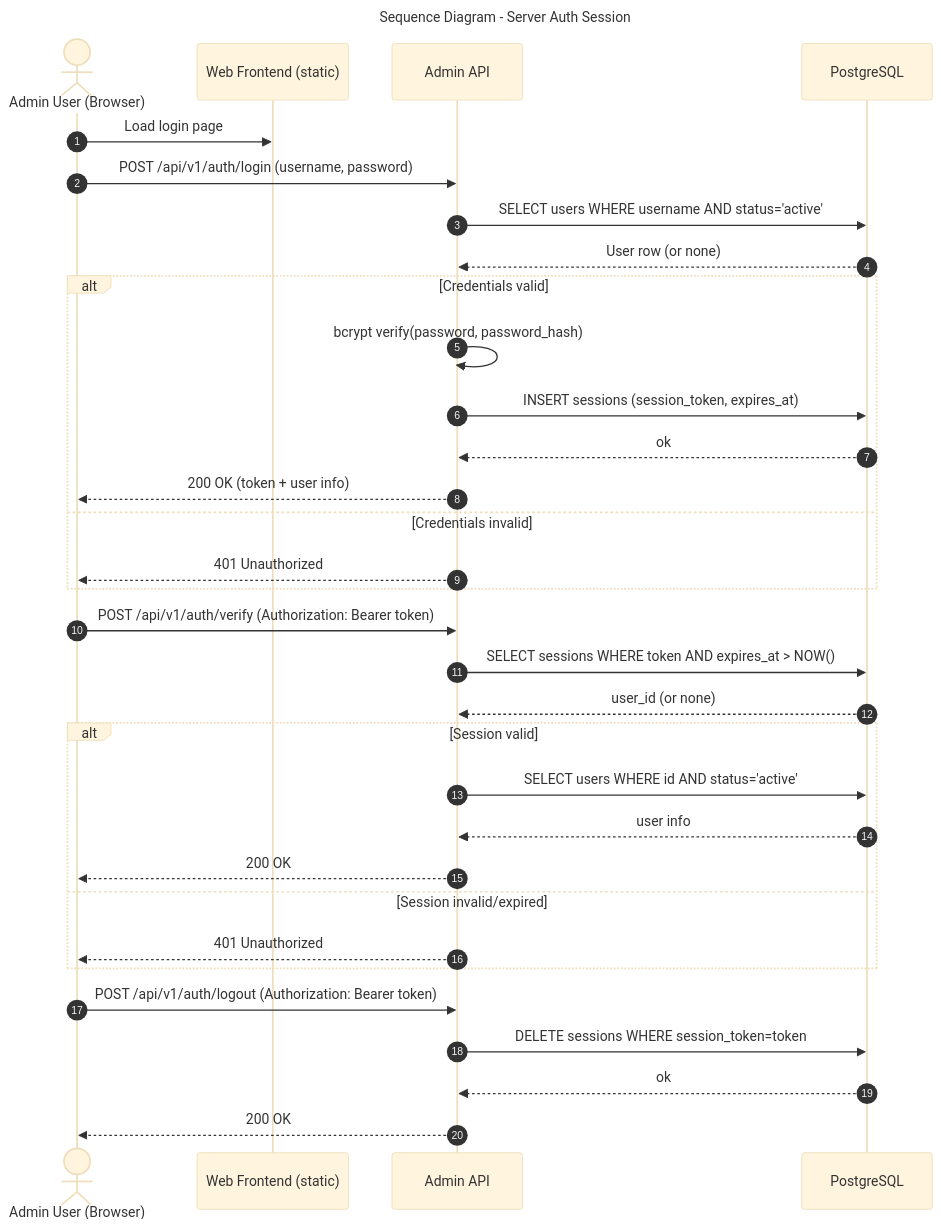
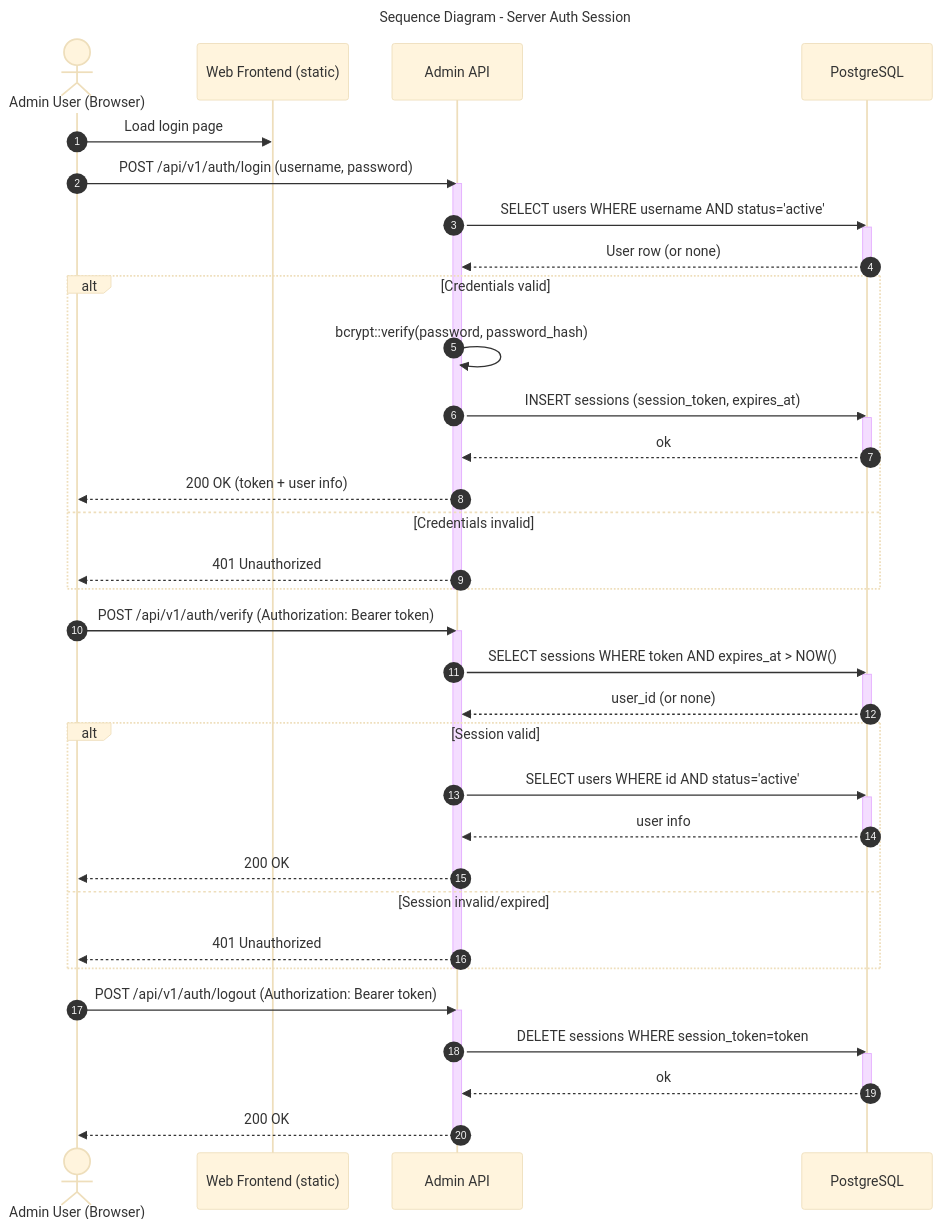
One commit to CHATEAUFORGE-LLC/QuantumZero changed the diagram in diagrams/sequence-server-auth-session.mmd. Above: the diagram before and after it, drawn with Mermaid. The commit also changed 41 other files, not shown here.

Commit message:
Standardized all sequence diagrams, and refactored everything to ensure UML compliance, unification of content and design of key diagrams

```diff
--- a/diagrams/sequence-server-auth-session.mmd
+++ b/diagrams/sequence-server-auth-session.mmd
@@ -1,39 +1,61 @@
 ---
 title: Sequence Diagram - Server Auth Session
 config:
   theme: base
 ---
 %% QuantumZero UML palette note: actors/external=#fff7e6/#b45309, system/component=#e0f2fe/#075985, datastore=#ecfccb/#4d7c0f, notes=#fff9c4/#d97706. Aligns diagrams to Deliverable 1 UML/DFD theme.
 %% Implements: QuantumZero-server/services/admin-api/src/handlers.rs (login/logout/verify_session)
 sequenceDiagram
- autonumber
- actor Admin as Admin User (Browser)
- participant Web as Web Frontend (static)
- participant API as Admin API
- participant DB as PostgreSQL
- Admin->>Web: Load login page
- Admin->>API: POST /api/v1/auth/login (username, password)
- API->>DB: SELECT users WHERE username AND status='active'
- DB-->>API: User row (or none)
- alt Credentials valid
- API->>API: bcrypt verify(password, password_hash)
- API->>DB: INSERT sessions (session_token, expires_at)
- DB-->>API: ok
- API-->>Admin: 200 OK (token + user info)
- else Credentials invalid
- API-->>Admin: 401 Unauthorized
- end
- Admin->>API: POST /api/v1/auth/verify (Authorization: Bearer token)
- API->>DB: SELECT sessions WHERE token AND expires_at > NOW()
- DB-->>API: user_id (or none)
- alt Session valid
- API->>DB: SELECT users WHERE id AND status='active'
- DB-->>API: user info
- API-->>Admin: 200 OK
- else Session invalid/expired
- API-->>Admin: 401 Unauthorized
- end
- Admin->>API: POST /api/v1/auth/logout (Authorization: Bearer token)
- API->>DB: DELETE sessions WHERE session_token=token
- DB-->>API: ok
- API-->>Admin: 200 OK
+  autonumber
+  actor Admin as Admin User (Browser)
+  participant Web as Web Frontend (static)
+  participant API as Admin API
+  participant DB as PostgreSQL
+
+  Admin->>Web: Load login page
+
+  Admin->>API: POST /api/v1/auth/login (username, password)
+  activate API
+  API->>DB: SELECT users WHERE username AND status='active'
+  activate DB
+  DB-->>API: User row (or none)
+  deactivate DB
+
+  alt Credentials valid
+    API->>API: bcrypt::verify(password, password_hash)
+    API->>DB: INSERT sessions (session_token, expires_at)
+    activate DB
+    DB-->>API: ok
+    deactivate DB
+    API-->>Admin: 200 OK (token + user info)
+  else Credentials invalid
+    API-->>Admin: 401 Unauthorized
+  end
+  deactivate API
+
+  Admin->>API: POST /api/v1/auth/verify (Authorization: Bearer token)
+  activate API
+  API->>DB: SELECT sessions WHERE token AND expires_at > NOW()
+  activate DB
+  DB-->>API: user_id (or none)
+  deactivate DB
+
+  alt Session valid
+    API->>DB: SELECT users WHERE id AND status='active'
+    activate DB
+    DB-->>API: user info
+    deactivate DB
+    API-->>Admin: 200 OK
+  else Session invalid/expired
+    API-->>Admin: 401 Unauthorized
+  end
+  deactivate API
+
+  Admin->>API: POST /api/v1/auth/logout (Authorization: Bearer token)
+  activate API
+  API->>DB: DELETE sessions WHERE session_token=token
+  activate DB
+  DB-->>API: ok
+  deactivate DB
+  API-->>Admin: 200 OK
+  deactivate API
```
